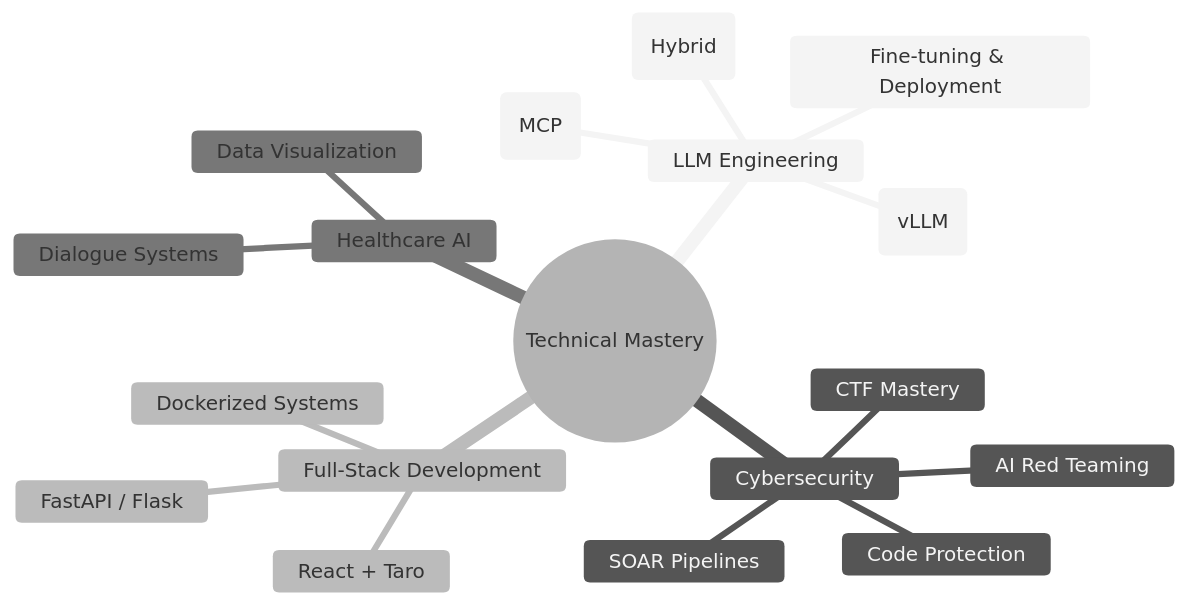
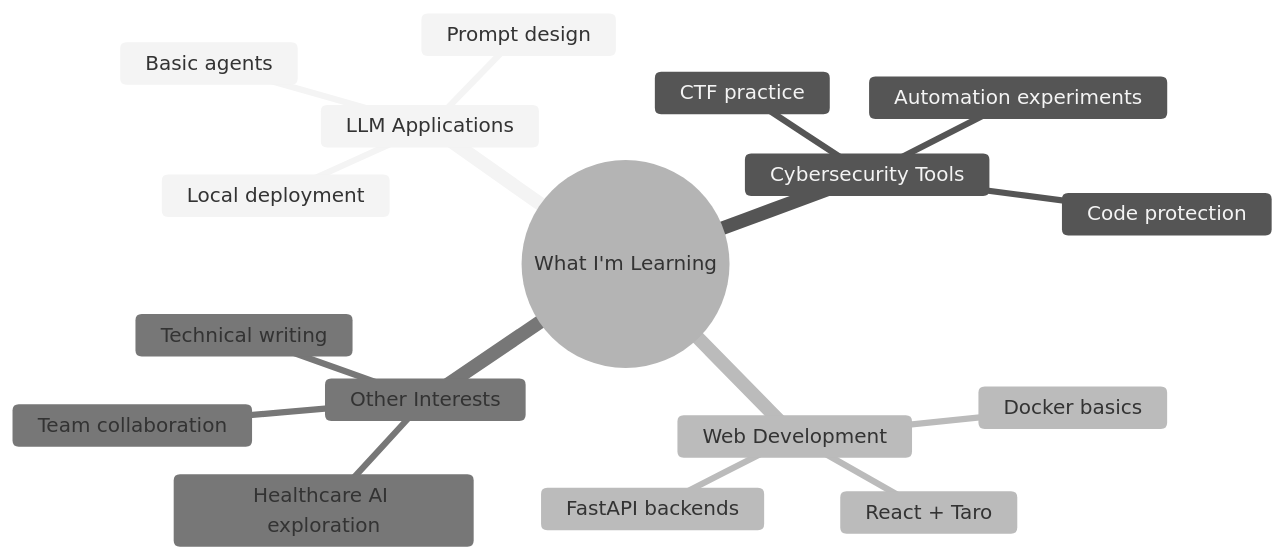
One commit to lxcxjxhx/RES-PJEXP changed the diagram in README.md. Above: the diagram before and after it, drawn with Mermaid (neutral theme). The commit also changed other lines of this file, not shown here.

````diff
--- a/README.md
+++ b/README.md
@@ -97,21 +100,20 @@
 ```mermaid
 mindmap
-  root((Technical Mastery))
-    LLM Engineering
-      Fine-tuning & Deployment
-      Agent Orchestration (MCP)
-      Prompt Engineering (Hybrid)
-      Local Inference (vLLM)
-    Cybersecurity
-      CTF Mastery
-      AI Red Teaming
-      Code Protection
-      SOAR Pipelines
-    Full-Stack Development
+  root((What I'm Learning))
+    LLM Applications
+      Local deployment
+      Prompt design
+      Basic agents
+    Cybersecurity Tools
+      CTF practice
+      Automation experiments
+      Code protection
+    Web Development
       React + Taro
-      FastAPI / Flask
-      Dockerized Systems
-    Healthcare AI
-      Dialogue Systems
-      Data Visualization
+      FastAPI backends
+      Docker basics
+    Other Interests
+      Healthcare AI exploration
+      Technical writing
+      Team collaboration
 ```
````
